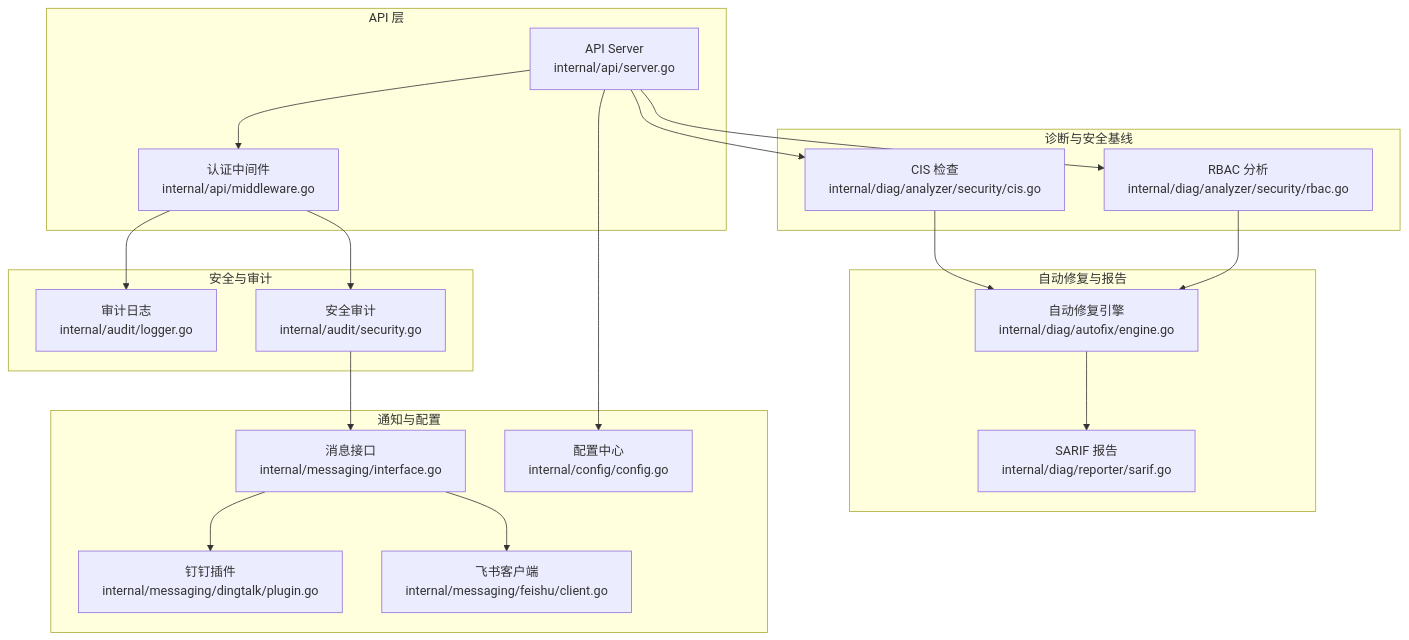
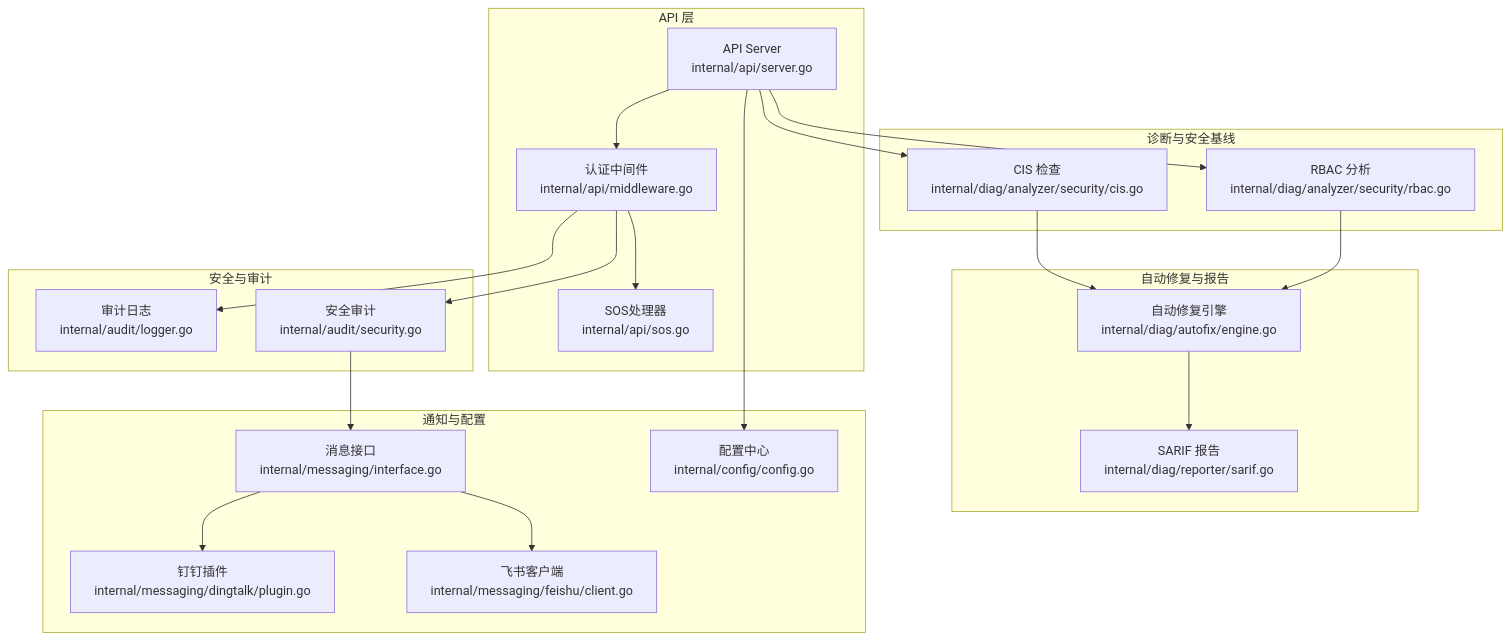
Before and after one commit to kudig-io/klaw: the first of 9 diagrams in .qoder/repowiki/zh/content/系统架构/安全架构.md, drawn with Mermaid. The commit also changed other lines of this file and 257 other files, not shown here.

````diff
--- a/.qoder/repowiki/zh/content/系统架构/安全架构.md
+++ b/.qoder/repowiki/zh/content/系统架构/安全架构.md
@@ -59,37 +59,39 @@
 ```mermaid
 graph TB
 subgraph "API 层"
 API["API Server<br/>internal/api/server.go"]
 MW["认证中间件<br/>internal/api/middleware.go"]
+SOS["SOS处理器<br/>internal/api/sos.go"]
 end
 subgraph "安全与审计"
 Audit["审计日志<br/>internal/audit/logger.go"]
 SecAudit["安全审计<br/>internal/audit/security.go"]
 end
 subgraph "诊断与安全基线"
 CIS["CIS 检查<br/>internal/diag/analyzer/security/cis.go"]
 RBAC["RBAC 分析<br/>internal/diag/analyzer/security/rbac.go"]
 end
 subgraph "自动修复与报告"
 Fix["自动修复引擎<br/>internal/diag/autofix/engine.go"]
 Sarif["SARIF 报告<br/>internal/diag/reporter/sarif.go"]
 end
 subgraph "通知与配置"
 Msg["消息接口<br/>internal/messaging/interface.go"]
 DingTalk["钉钉插件<br/>internal/messaging/dingtalk/plugin.go"]
 FeiShu["飞书客户端<br/>internal/messaging/feishu/client.go"]
 Cfg["配置中心<br/>internal/config/config.go"]
 end
 API --> MW
+MW --> SOS
 MW --> Audit
 MW --> SecAudit
 API --> Cfg
 API --> CIS
 API --> RBAC
 CIS --> Fix
 RBAC --> Fix
 Fix --> Sarif
 SecAudit --> Msg
 Msg --> DingTalk
 Msg --> FeiShu
 ```
````
